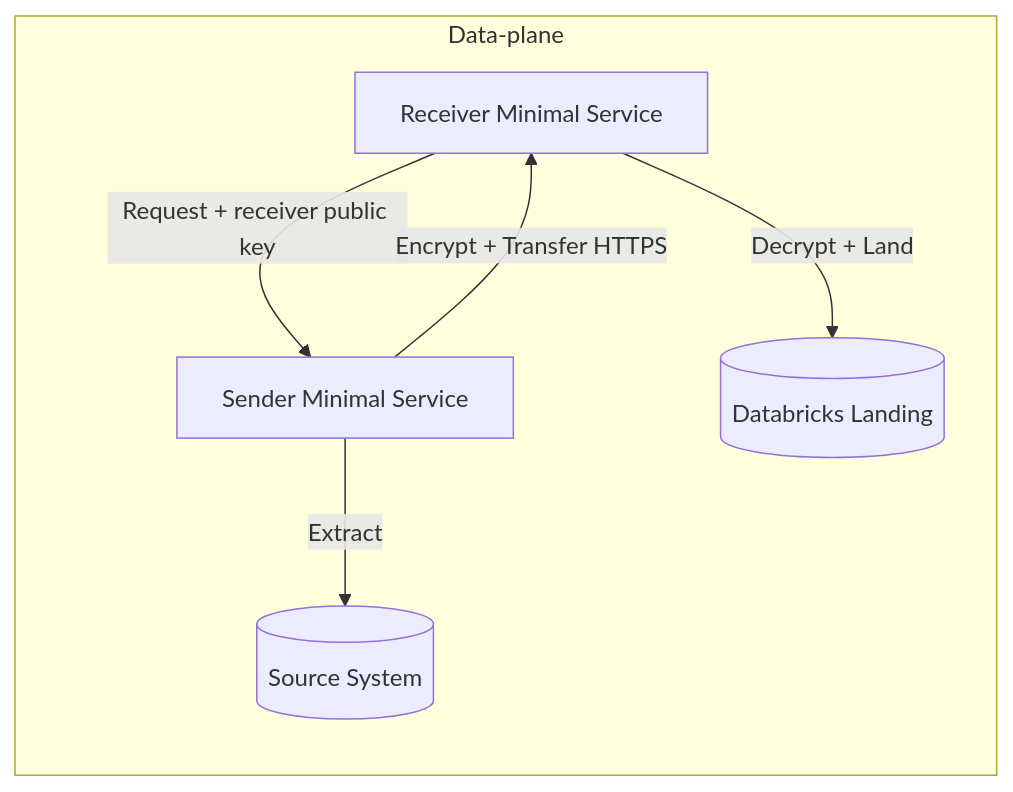
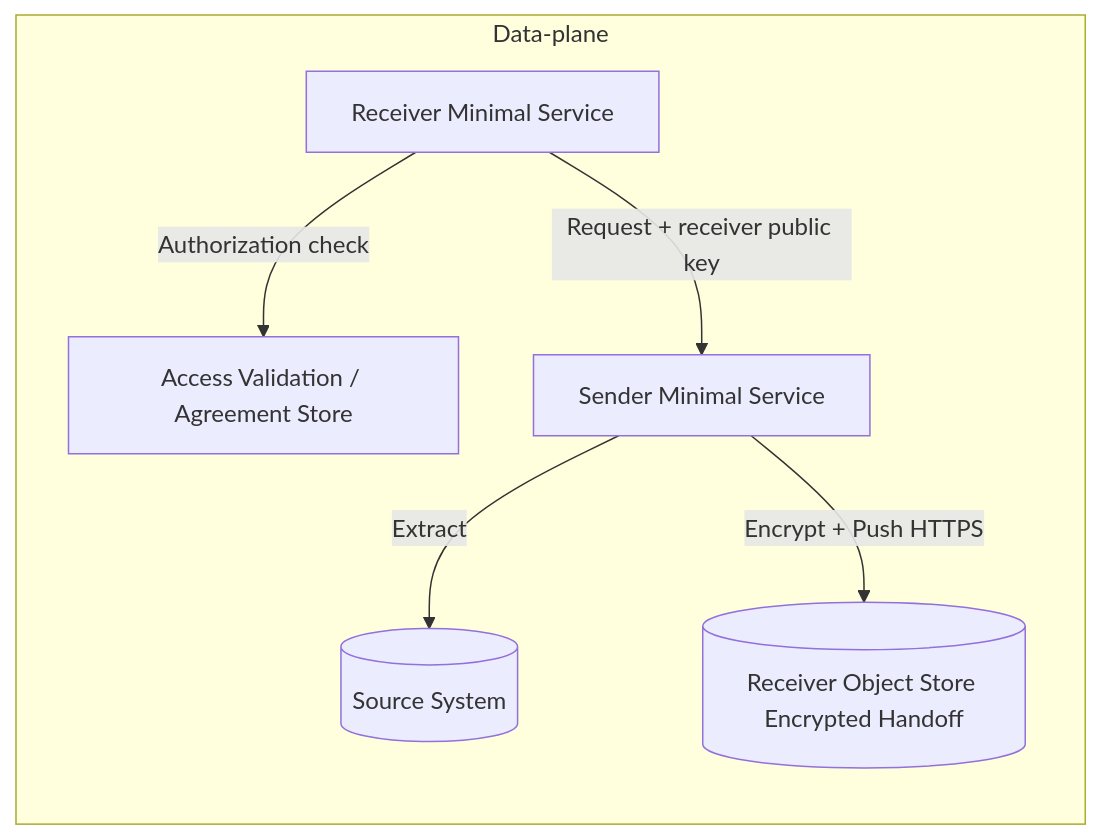
Before and after one commit to GSA-TTS/TTSE-Redwood: the eighth of 8 diagrams in docs/adr/0001-fde-architecture-diagrams.md, drawn with Mermaid. The commit also changed other lines of this file and 1 other file, not shown here.

First line of the commit message:
adr: simplify zero-trust transfer diagrams and align v0.02 text

````diff
--- a/docs/adr/0001-fde-architecture-diagrams.md
+++ b/docs/adr/0001-fde-architecture-diagrams.md
@@ -210,14 +240,15 @@
 ```mermaid
 flowchart LR
   subgraph DataPlane[Data-plane]
     R4[Receiver Minimal Service]
+    AV4[Access Validation / Agreement Store]
     S4[Sender Minimal Service]
     SRC4[(Source System)]
-    DBX4[(Databricks Landing)]
+    ROS4[(Receiver Object Store Encrypted Handoff)]
   end
 
+  R4 -->|Authorization check| AV4
   R4 -->|Request + receiver public key| S4
   S4 -->|Extract| SRC4
-  S4 -->|Encrypt + Transfer HTTPS| R4
-  R4 -->|Decrypt + Land| DBX4
+  S4 -->|Encrypt + Push HTTPS| ROS4
 ```
````
